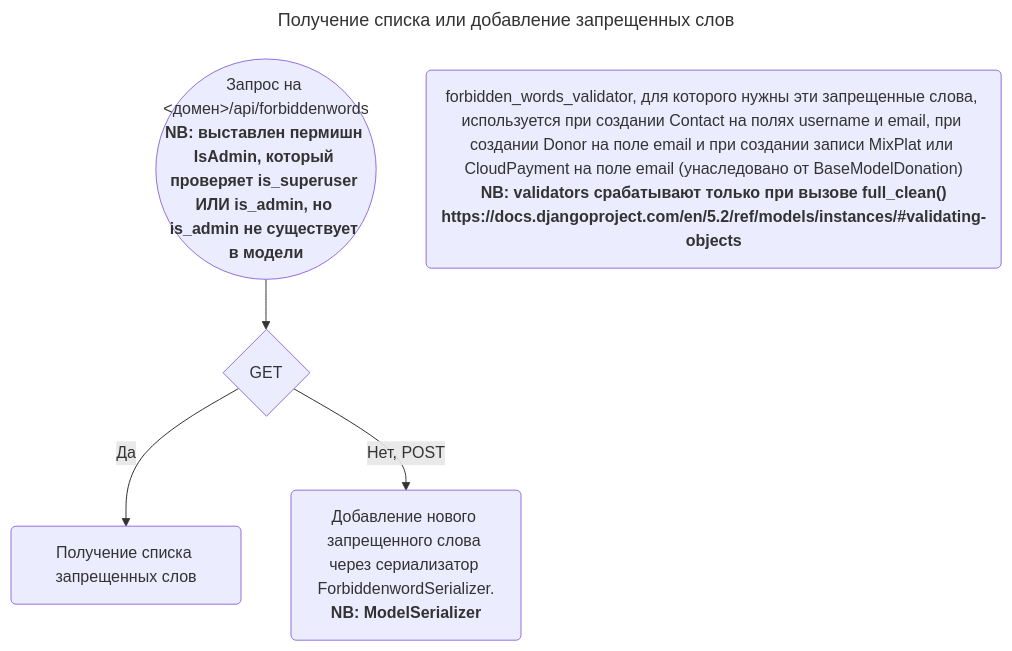
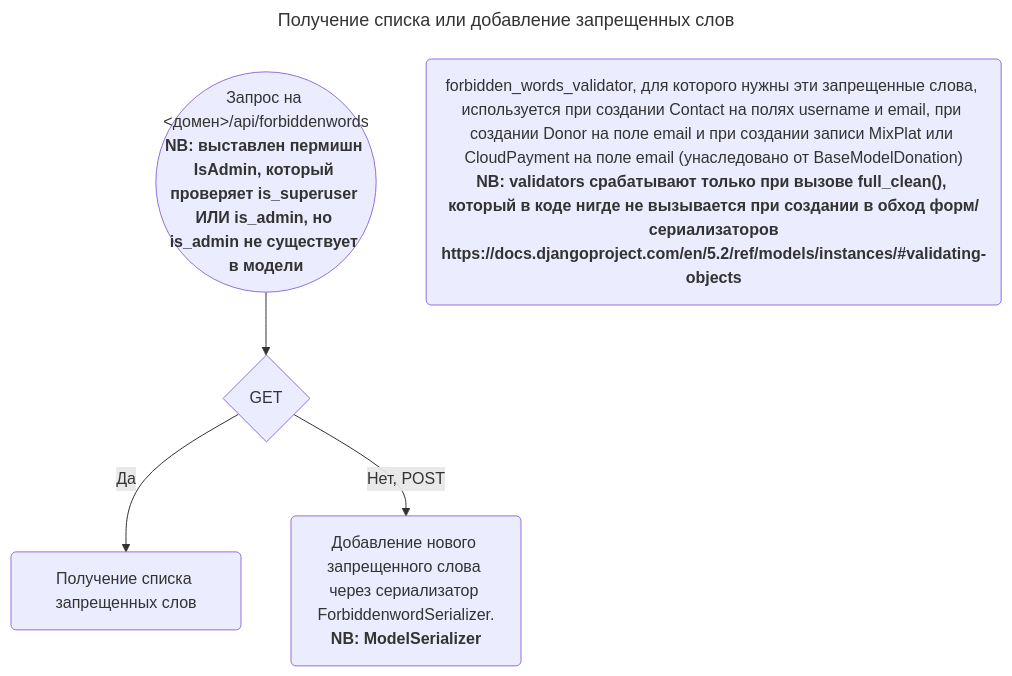
One commit to nko-nzhkc/nko changed the fourth of 5 diagrams in docs/project_description.md. Above: the diagram before and after it, drawn with Mermaid. The commit also changed other lines of this file, not shown here.

````diff
--- a/docs/project_description.md
+++ b/docs/project_description.md
@@ -126,10 +124,10 @@
 ```mermaid
 ---
 title: Получение списка или добавление запрещенных слов
 ---
 flowchart TD
 А("`Запрос на <br><домен>/api/forbiddenwords<br>**NB: выставлен пермишн IsAdmin, который проверяет is_superuser ИЛИ is_admin, но is_admin не существует в модели**`")@{shape: circle}-->B{GET}
 B -->|Да| B1(Получение списка запрещенных слов)
 B -->|Нет, POST| B2("`Добавление нового запрещенного слова через сериализатор ForbiddenwordSerializer.<br>**NB: ModelSerializer**`")
-C("`forbidden_words_validator, для которого нужны эти запрещенные слова, используется при создании Contact на полях username и email, при создании Donor на поле email и при создании записи MixPlat или CloudPayment на поле email (унаследовано от BaseModelDonation)<br>**NB: validators срабатывают только при вызове full_clean()<br>https://docs.djangoproject.com/en/5.2/ref/models/instances/#validating-objects**`")
+C("`forbidden_words_validator, для которого нужны эти запрещенные слова, используется при создании Contact на полях username и email, при создании Donor на поле email и при создании записи MixPlat или CloudPayment на поле email (унаследовано от BaseModelDonation)<br>**NB: validators срабатывают только при вызове full_clean(), который в коде нигде не вызывается при создании в обход форм/сериализаторов<br>https://docs.djangoproject.com/en/5.2/ref/models/instances/#validating-objects**`")
 ```
````
